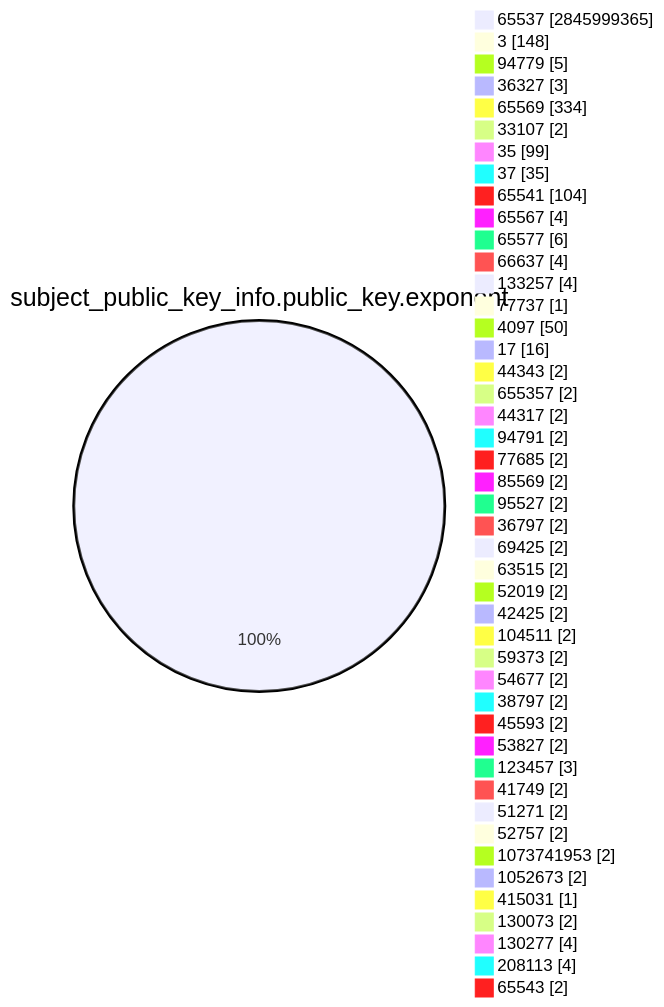
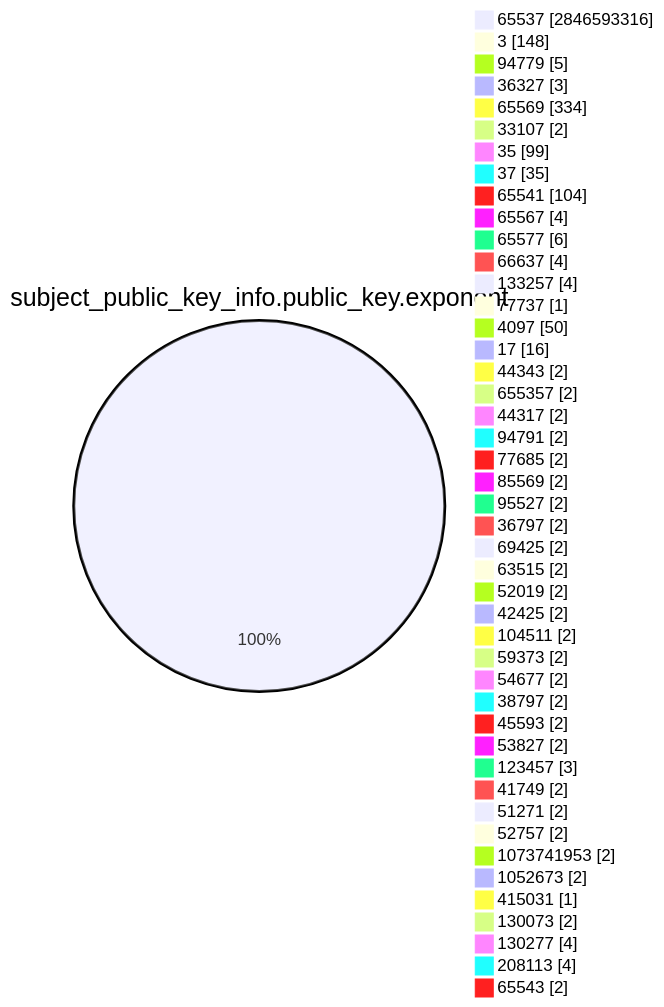
One commit to christiankrug/ctmonitor_visualization changed the fourth of 15 diagrams in TOTAL/README.md. Above: the diagram before and after it, drawn with Mermaid. The commit also changed other lines of this file, not shown here.

````diff
--- a/TOTAL/README.md
+++ b/TOTAL/README.md
@@ -1468,49 +1468,49 @@
 ```mermaid
 pie showData
 title subject_public_key_info.public_key.exponent
-"65537" :2845999365
+"65537" :2846593316
 "3" :148
 "94779" :5
 "36327" :3
 "65569" :334
 "33107" :2
 "35" :99
 "37" :35
 "65541" :104
 "65567" :4
 "65577" :6
 "66637" :4
 "133257" :4
 "77737" :1
 "4097" :50
 "17" :16
 "44343" :2
 "655357" :2
 "44317" :2
 "94791" :2
 "77685" :2
 "85569" :2
 "95527" :2
 "36797" :2
 "69425" :2
 "63515" :2
 "52019" :2
 "42425" :2
 "104511" :2
 "59373" :2
 "54677" :2
 "38797" :2
 "45593" :2
 "53827" :2
 "123457" :3
 "41749" :2
 "51271" :2
 "52757" :2
 "1073741953" :2
 "1052673" :2
 "415031" :1
 "130073" :2
 "130277" :4
 "208113" :4
 "65543" :2
 ```
````
